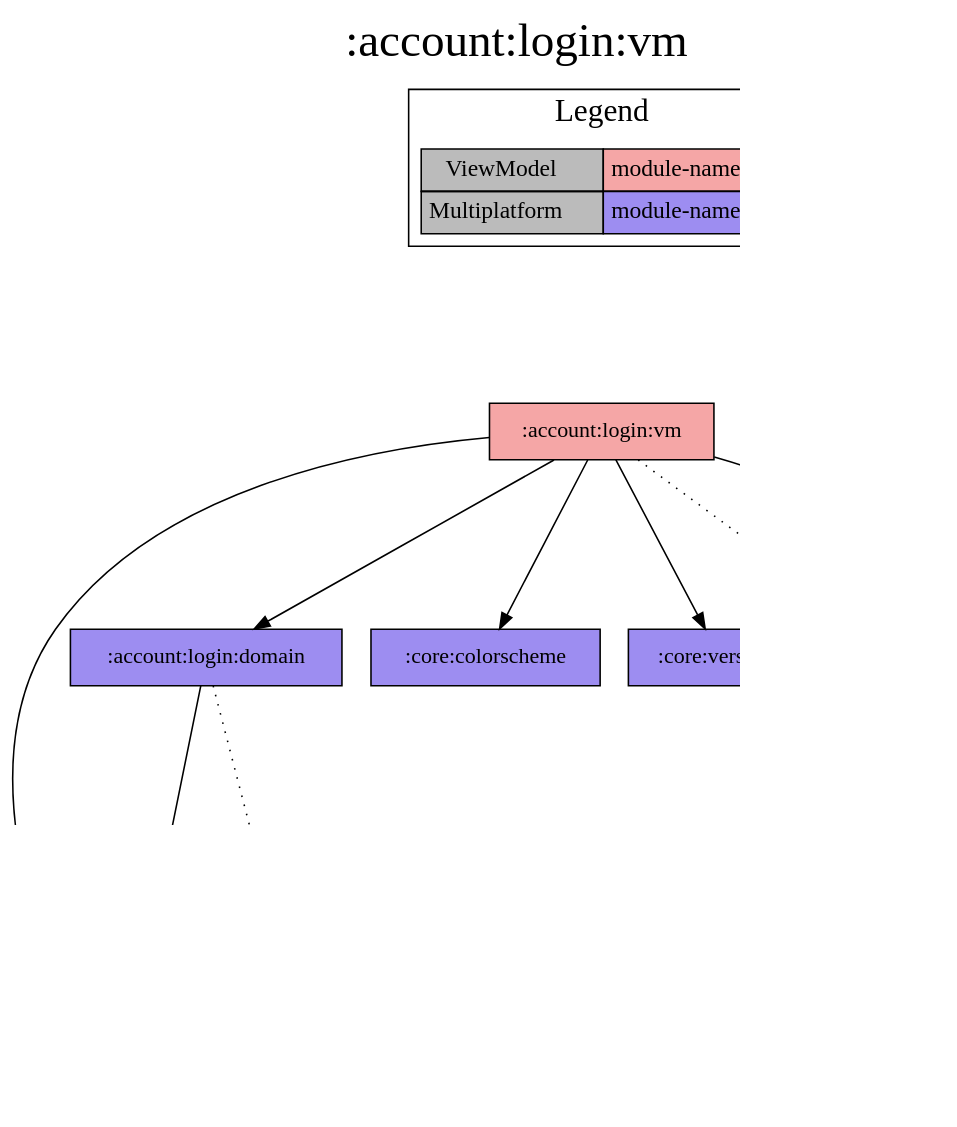
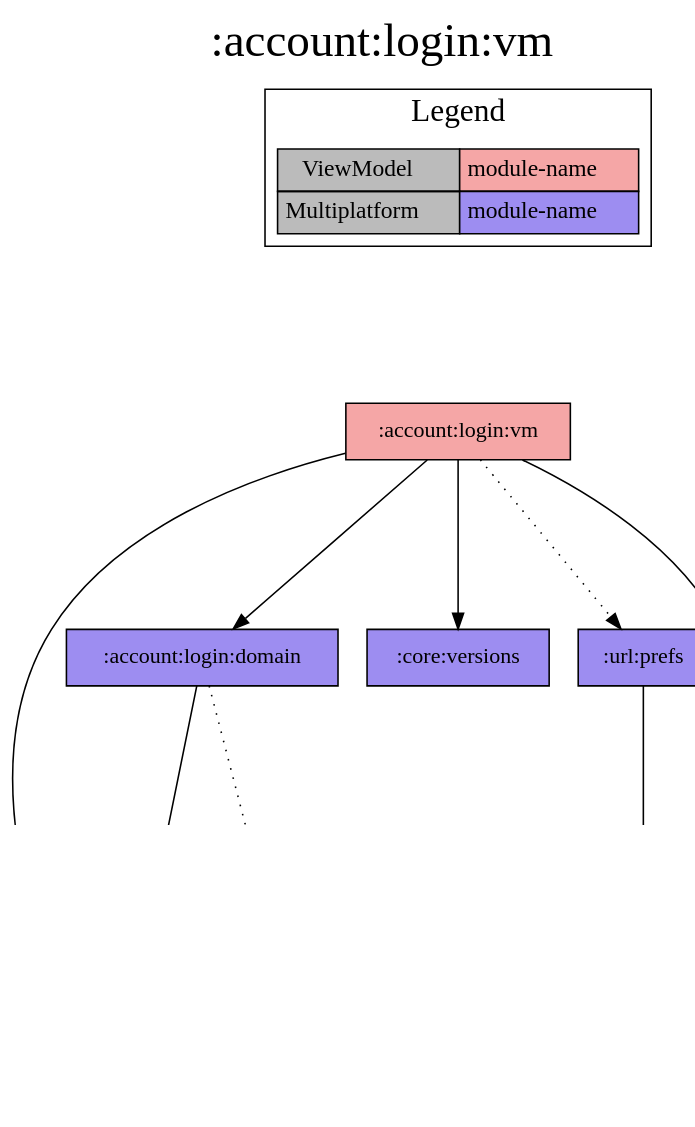
The diagram in modules/account/login/vm/project-dependency-graph.dot (jonapoul/aktual), drawn with Graphviz before and after one commit. The commit also changed 35 other files, not shown here.

```diff
--- a/modules/account/login/vm/project-dependency-graph.dot
+++ b/modules/account/login/vm/project-dependency-graph.dot
@@ -1,40 +1,38 @@
 digraph {
 edge ["dir"="forward"]
 graph ["dpi"="100","label"=":account:login:vm","labelloc"="t","fontsize"="30","ranksep"="1.5","rankdir"="TB"]
 node ["style"="filled"]
 ":account:login:domain" ["fillcolor"="#9D8DF1","shape"="box"]
 ":account:login:vm" ["fillcolor"="#F5A6A6","shape"="box"]
 ":account:model" ["fillcolor"="#9D8DF1","shape"="box"]
 ":api:actual" ["fillcolor"="#9D8DF1","shape"="box"]
 ":budget:model" ["fillcolor"="#9D8DF1","shape"="box"]
-":core:colorscheme" ["fillcolor"="#9D8DF1","shape"="box"]
 ":core:versions" ["fillcolor"="#9D8DF1","shape"="box"]
 ":url:model" ["fillcolor"="#9D8DF1","shape"="box"]
 ":url:prefs" ["fillcolor"="#9D8DF1","shape"="box"]
 {
 edge ["dir"="none"]
 graph ["rank"="same"]
 }
 ":account:login:domain" -> ":account:model"
 ":account:login:domain" -> ":api:actual" ["style"="dotted"]
 ":account:login:vm" -> ":account:login:domain"
 ":account:login:vm" -> ":account:model"
-":account:login:vm" -> ":core:colorscheme"
 ":account:login:vm" -> ":core:versions"
 ":account:login:vm" -> ":url:model"
 ":account:login:vm" -> ":url:prefs" ["style"="dotted"]
 ":api:actual" -> ":account:model"
 ":api:actual" -> ":budget:model"
 ":api:actual" -> ":url:model"
 ":url:prefs" -> ":url:model"
 subgraph "cluster_legend" {
 edge ["dir"="none"]
 graph ["label"="Legend","fontsize"="20"]
 "Legend" ["style"="filled","fillcolor"="#bbbbbb","shape"="none","margin"="0","fontsize"="15","label"=<
 <TABLE BORDER="0" CELLBORDER="1" CELLSPACING="0" CELLPADDING="4">
 <TR><TD>ViewModel</TD><TD BGCOLOR="#F5A6A6">module-name</TD></TR>
 <TR><TD>Multiplatform</TD><TD BGCOLOR="#9D8DF1">module-name</TD></TR>
 </TABLE>
 >]
 } -> ":account:login:vm" ["style"="invis"]
 }
```
